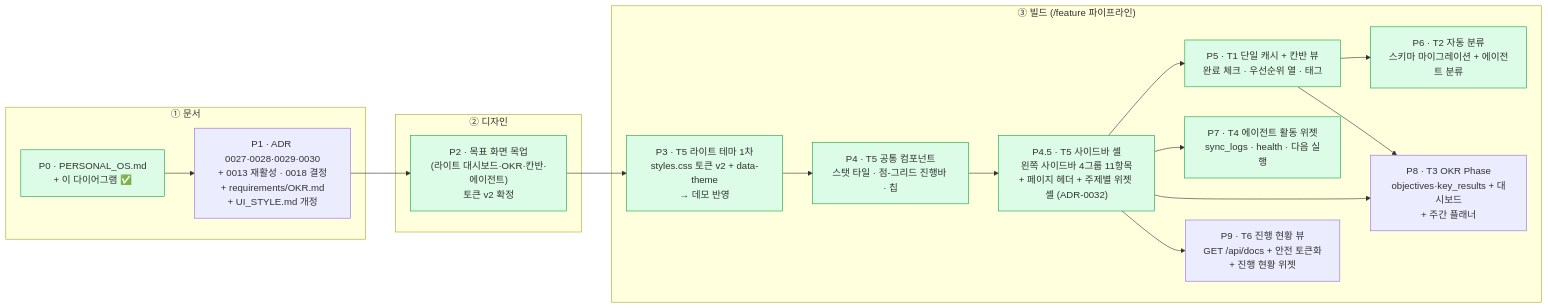
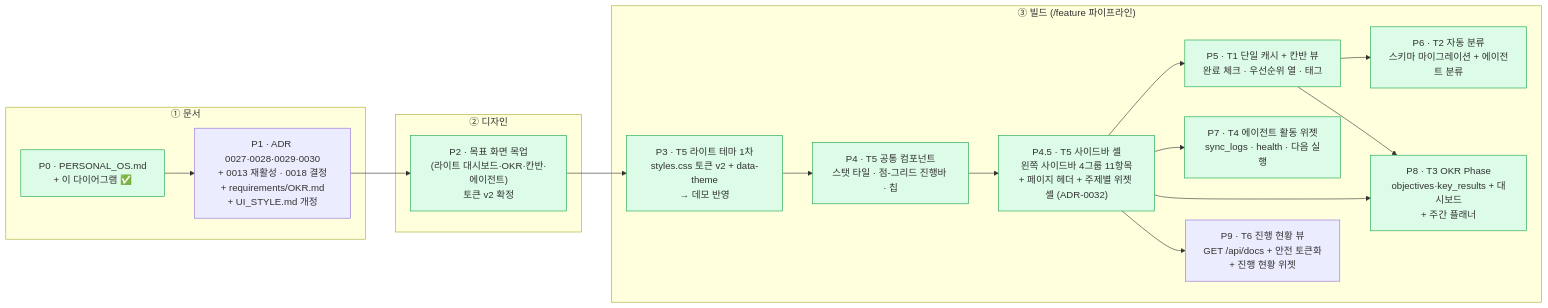
Before and after one commit to gamercross/my-setup-proj: the diagram in docs/progress/PROGRESS.md, drawn with Mermaid. The commit also changed other lines of this file and 40 other files, not shown here.

````diff
--- a/docs/progress/PROGRESS.md
+++ b/docs/progress/PROGRESS.md
@@ -304,36 +304,37 @@
 ```mermaid
 flowchart LR
   subgraph DOC["① 문서"]
     P0["P0 · PERSONAL_OS.md<br/>+ 이 다이어그램 ✅"]
     P1["P1 · ADR 0027·0028·0029·0030<br/>+ 0013 재활성 · 0018 결정<br/>+ requirements/OKR.md<br/>+ UI_STYLE.md 개정"]
   end
   subgraph DES["② 디자인"]
     P2["P2 · 목표 화면 목업<br/>(라이트 대시보드·OKR·칸반·에이전트)<br/>토큰 v2 확정"]
   end
   subgraph BUILD["③ 빌드 (/feature 파이프라인)"]
     P3["P3 · T5 라이트 테마 1차<br/>styles.css 토큰 v2 + data-theme<br/>→ 데모 반영"]
     P4["P4 · T5 공통 컴포넌트<br/>스탯 타일 · 점-그리드 진행바 · 칩"]
     P45["P4.5 · T5 사이드바 셸<br/>왼쪽 사이드바 4그룹 11항목<br/>+ 페이지 헤더 + 주제별 위젯 셸 (ADR-0032)"]
     P5["P5 · T1 단일 캐시 + 칸반 뷰<br/>완료 체크 · 우선순위 열 · 태그"]
     P6["P6 · T2 자동 분류<br/>스키마 마이그레이션 + 에이전트 분류"]
     P7["P7 · T4 에이전트 활동 위젯<br/>sync_logs · health · 다음 실행"]
     P8["P8 · T3 OKR Phase<br/>objectives·key_results + 대시보드<br/>+ 주간 플래너"]
     P9["P9 · T6 진행 현황 뷰<br/>GET /api/docs + 안전 토큰화<br/>+ 진행 현황 위젯"]
   end
 
   P0 --> P1 --> P2 --> P3 --> P4 --> P45
   P45 --> P5 --> P6
   P45 --> P7
   P45 --> P8
   P45 --> P9
   P5 --> P8
 
   style P0 fill:#dcfce7,stroke:#16a34a
   style P2 fill:#dcfce7,stroke:#16a34a
   style P3 fill:#dcfce7,stroke:#16a34a
   style P4 fill:#dcfce7,stroke:#16a34a
   style P45 fill:#dcfce7,stroke:#16a34a
   style P5 fill:#dcfce7,stroke:#16a34a
   style P6 fill:#dcfce7,stroke:#16a34a
   style P7 fill:#dcfce7,stroke:#16a34a
+  style P8 fill:#dcfce7,stroke:#16a34a
 ```
````
